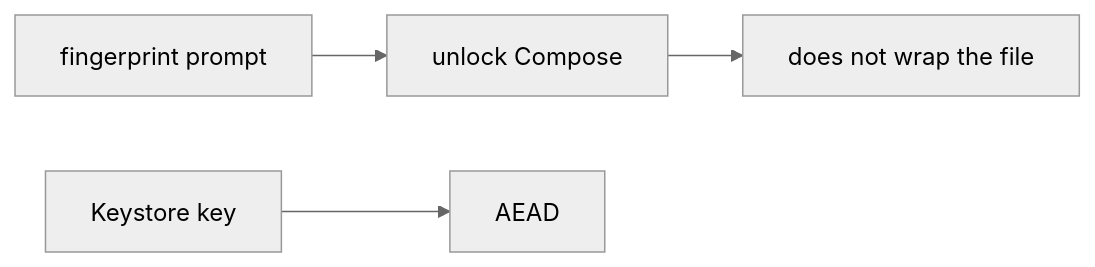
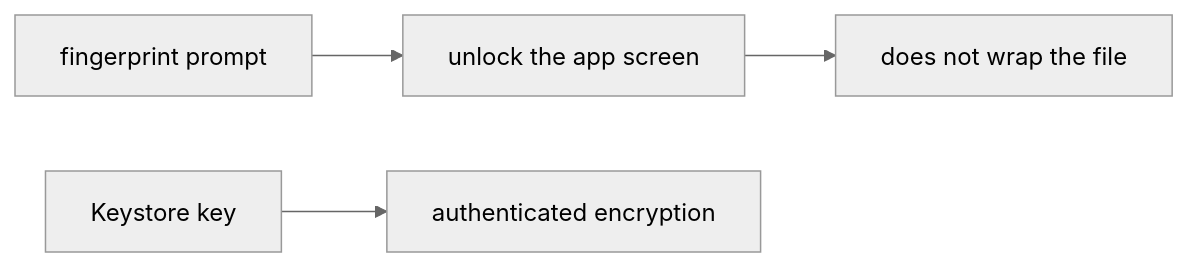
One commit to ishitvagoel/LearnSecurity changed the second of 2 diagrams in content/modules/8/8.2/lessons/01-property.md. Above: the diagram before and after it, drawn with Mermaid (neutral theme). The commit also changed other lines of this file and 39 other files, not shown here.

````diff
--- a/content/modules/8/8.2/lessons/01-property.md
+++ b/content/modules/8/8.2/lessons/01-property.md
@@ -30,6 +29,6 @@
 ```mermaid
 flowchart LR
-  Bio["fingerprint prompt"] --> Ui[unlock Compose]
-  Key["Keystore key"] --> Cipher[AEAD]
+  Bio["fingerprint prompt"] --> Ui[unlock the app screen]
+  Key["Keystore key"] --> Cipher[authenticated encryption]
   Ui --> NotKey[does not wrap the file]
 ```
````
